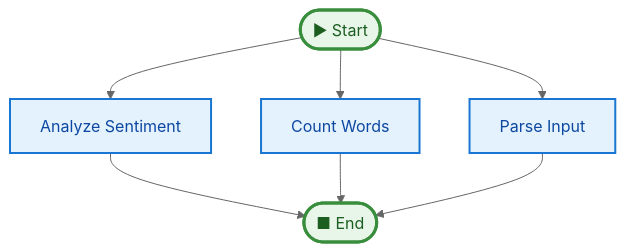
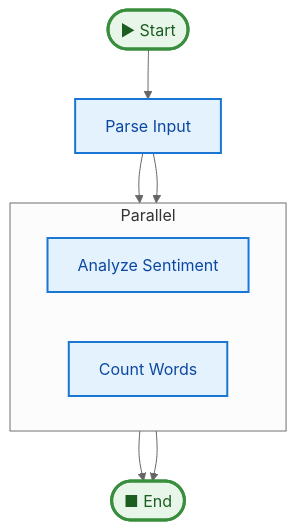
The diagram in examples/12_observability/README.md (plar/justpipe), drawn with Mermaid (neutral theme) before and after one commit. The commit also changed 15 other files, not shown here.

First line of the commit message:
feat: implement robust graph validation and start-scope reachability

````diff
--- a/examples/12_observability/README.md
+++ b/examples/12_observability/README.md
@@ -277,28 +277,31 @@
 ```mermaid
 graph TD
     Start(["▶ Start"])
 
-    n0["Analyze Sentiment"]
-    n1["Count Words"]
+    subgraph parallel_n2[Parallel]
+        direction LR
+        n0["Analyze Sentiment"]
+        n1["Count Words"]
+    end
+
     n2["Parse Input"]
     End(["■ End"])
     n0 --> End
     n1 --> End
-    n2 --> End
 
-    Start --> n0
-    Start --> n1
     Start --> n2
+    n2 --> n0
+    n2 --> n1
     class n0,n1,n2 step;
     class Start,End startEnd;
 
     %% Styling
     classDef default fill:#f8f9fa,stroke:#dee2e6,stroke-width:1px;
     classDef step fill:#e3f2fd,stroke:#1976d2,stroke-width:2px,color:#0d47a1;
     classDef streaming fill:#fff3e0,stroke:#f57c00,stroke-width:2px,color:#e65100;
     classDef map fill:#e8f5e9,stroke:#388e3c,stroke-width:2px,color:#1b5e20;
     classDef switch fill:#f3e5f5,stroke:#7b1fa2,stroke-width:2px,color:#4a148c;
     classDef sub fill:#f1f8e9,stroke:#558b2f,stroke-width:2px,color:#33691e;
     classDef isolated fill:#fce4ec,stroke:#c2185b,stroke-width:2px,stroke-dasharray: 5 5,color:#880e4f;
     classDef startEnd fill:#e8f5e9,stroke:#388e3c,stroke-width:3px,color:#1b5e20;
 ```
````
